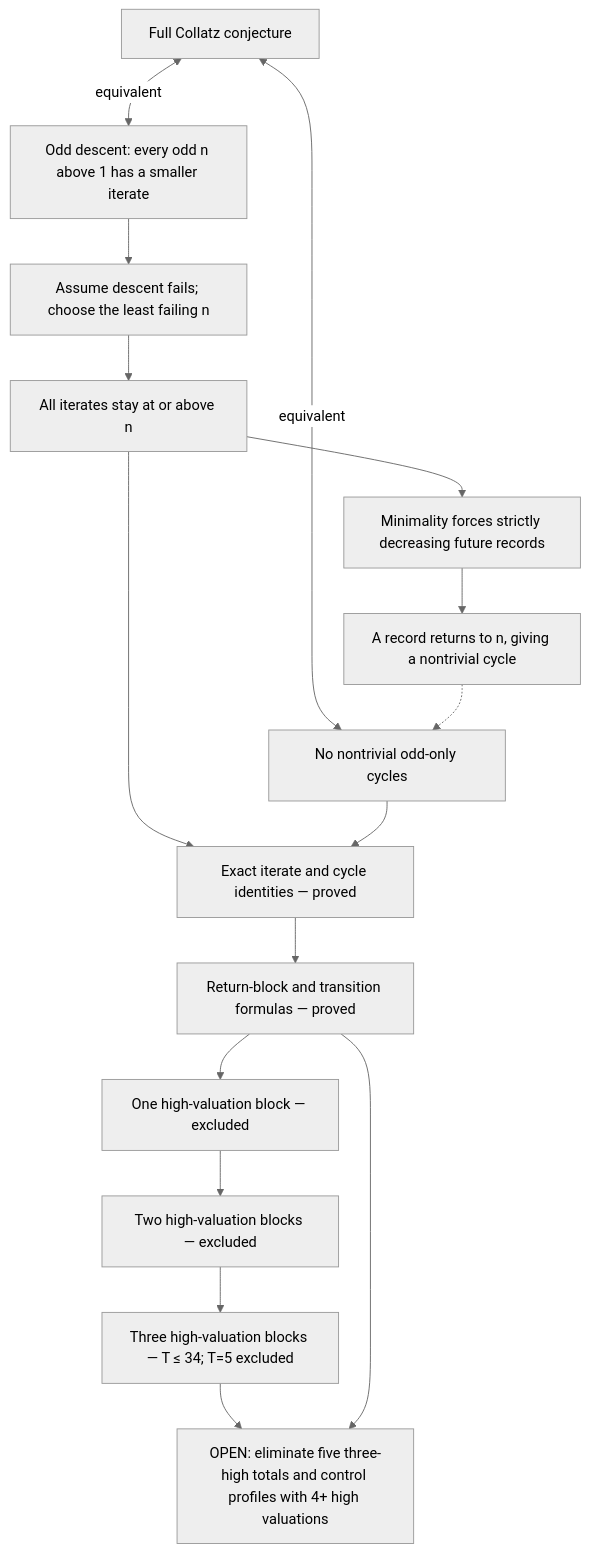
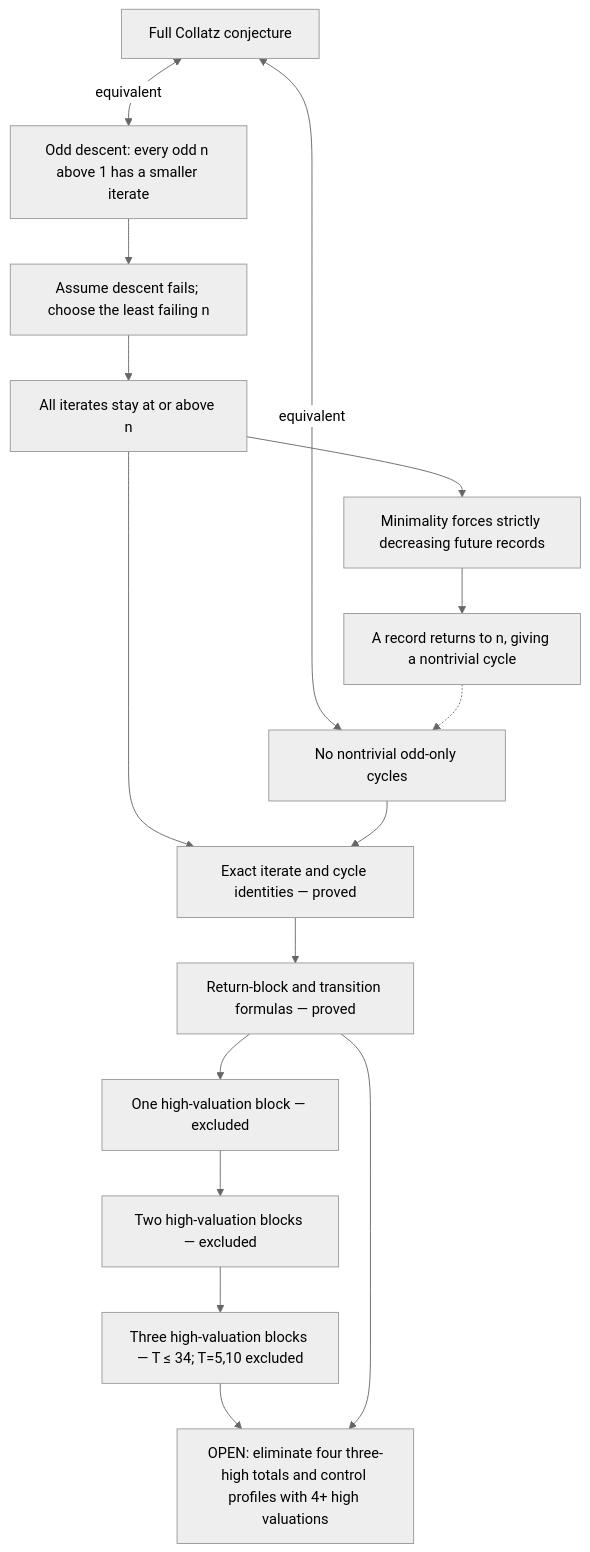
Before and after one commit to bassnicole1026-pixel/uctproject: the diagram in ROADMAP.md, drawn with Mermaid (neutral theme). The commit also changed other lines of this file and 2 other files, not shown here.

Commit message:
Exclude the T=10 three-block Collatz profile

````diff
--- a/ROADMAP.md
+++ b/ROADMAP.md
@@ -1420,18 +1443,18 @@
 ```mermaid
 flowchart TD
     C["Full Collatz conjecture"] <-->|equivalent| D["Odd descent: every odd n above 1 has a smaller iterate"]
     C <-->|equivalent| Q["No nontrivial odd-only cycles"]
     D --> H["Assume descent fails; choose the least failing n"]
     H --> N["All iterates stay at or above n"]
     N --> R["Minimality forces strictly decreasing future records"]
     R --> Y["A record returns to n, giving a nontrivial cycle"]
     Y -.-> Q
     N --> I["Exact iterate and cycle identities — proved"]
     Q --> I
     I --> B["Return-block and transition formulas — proved"]
     B --> H1["One high-valuation block — excluded"]
     H1 --> H2["Two high-valuation blocks — excluded"]
-    H2 --> H3["Three high-valuation blocks — T ≤ 34; T=5 excluded"]
-    H3 --> O["OPEN: eliminate five three-high totals and control profiles with 4+ high valuations"]
+    H2 --> H3["Three high-valuation blocks — T ≤ 34; T=5,10 excluded"]
+    H3 --> O["OPEN: eliminate four three-high totals and control profiles with 4+ high valuations"]
     B --> O
 ```
````
